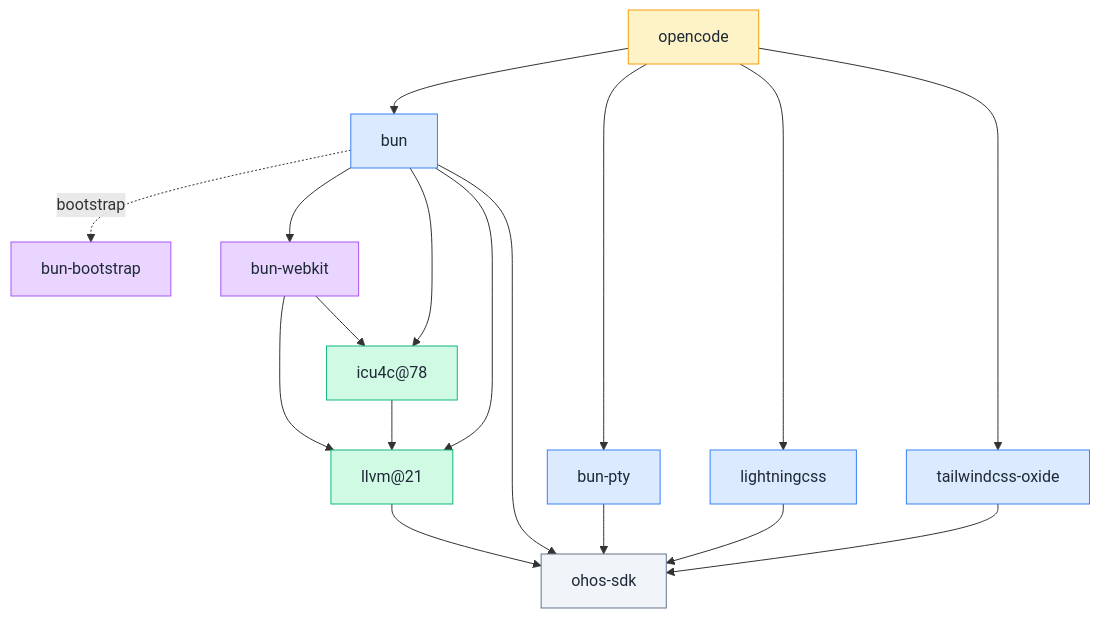
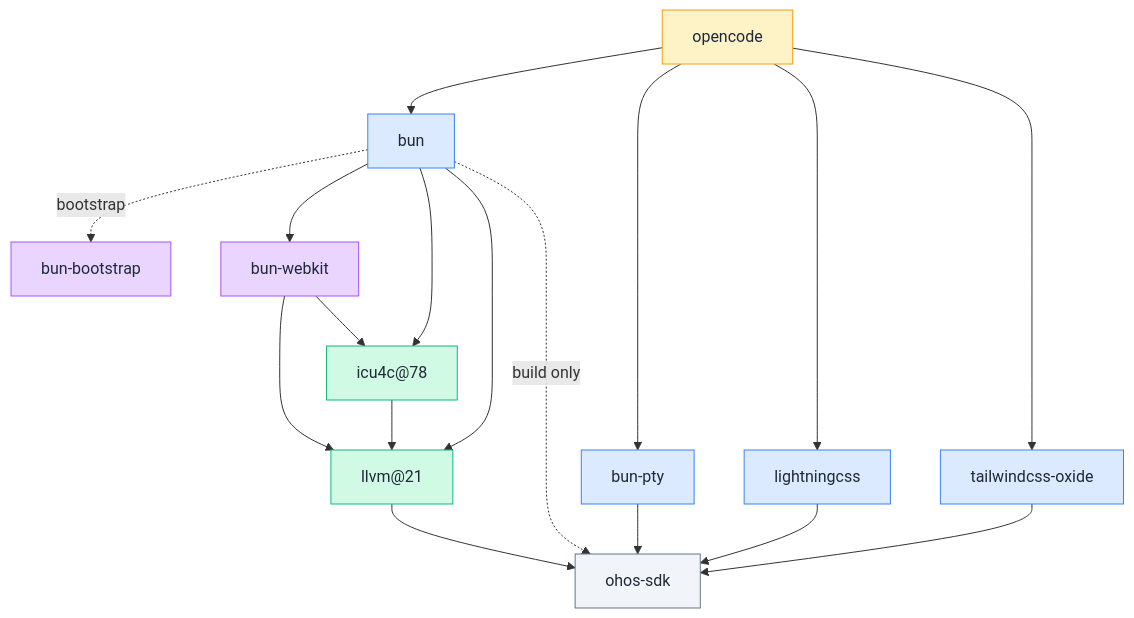
The diagram in README.md (social4hyq/homebrew-core), drawn with Mermaid before and after one commit. The commit also changed other lines of this file, not shown here.

First line of the commit message:
docs: update README for bun r16 — ohos_sign in-process signing

````diff
--- a/README.md
+++ b/README.md
@@ -70,43 +71,43 @@
 ```mermaid
 graph TD
     classDef app fill:#fef3c7,stroke:#f59e0b,color:#1f2937
     classDef rt fill:#dbeafe,stroke:#3b82f6,color:#1f2937
     classDef boot fill:#e9d5ff,stroke:#a855f7,color:#1f2937
     classDef tc fill:#d1fae5,stroke:#10b981,color:#1f2937
     classDef sdk fill:#f1f5f9,stroke:#64748b,color:#1f2937
 
     opencode:::app
 
     bun:::rt
     pty[bun-pty]:::rt
     lcss[lightningcss]:::rt
     tw[tailwindcss-oxide]:::rt
 
     bb[bun-bootstrap]:::boot
     bw[bun-webkit]:::boot
 
     llvm["llvm@21"]:::tc
     icu["icu4c@78"]:::tc
 
     sdk[ohos-sdk]:::sdk
 
     opencode --> bun
     opencode --> pty
     opencode --> lcss
     opencode --> tw
 
     bun -.->|bootstrap| bb
     bun --> bw
     bun --> icu
     bun --> llvm
 
     bw --> llvm
     bw --> icu
     icu --> llvm
 
     llvm --> sdk
-    bun --> sdk
+    bun -.->|build only| sdk
     pty --> sdk
     lcss --> sdk
     tw --> sdk
 ```
````
